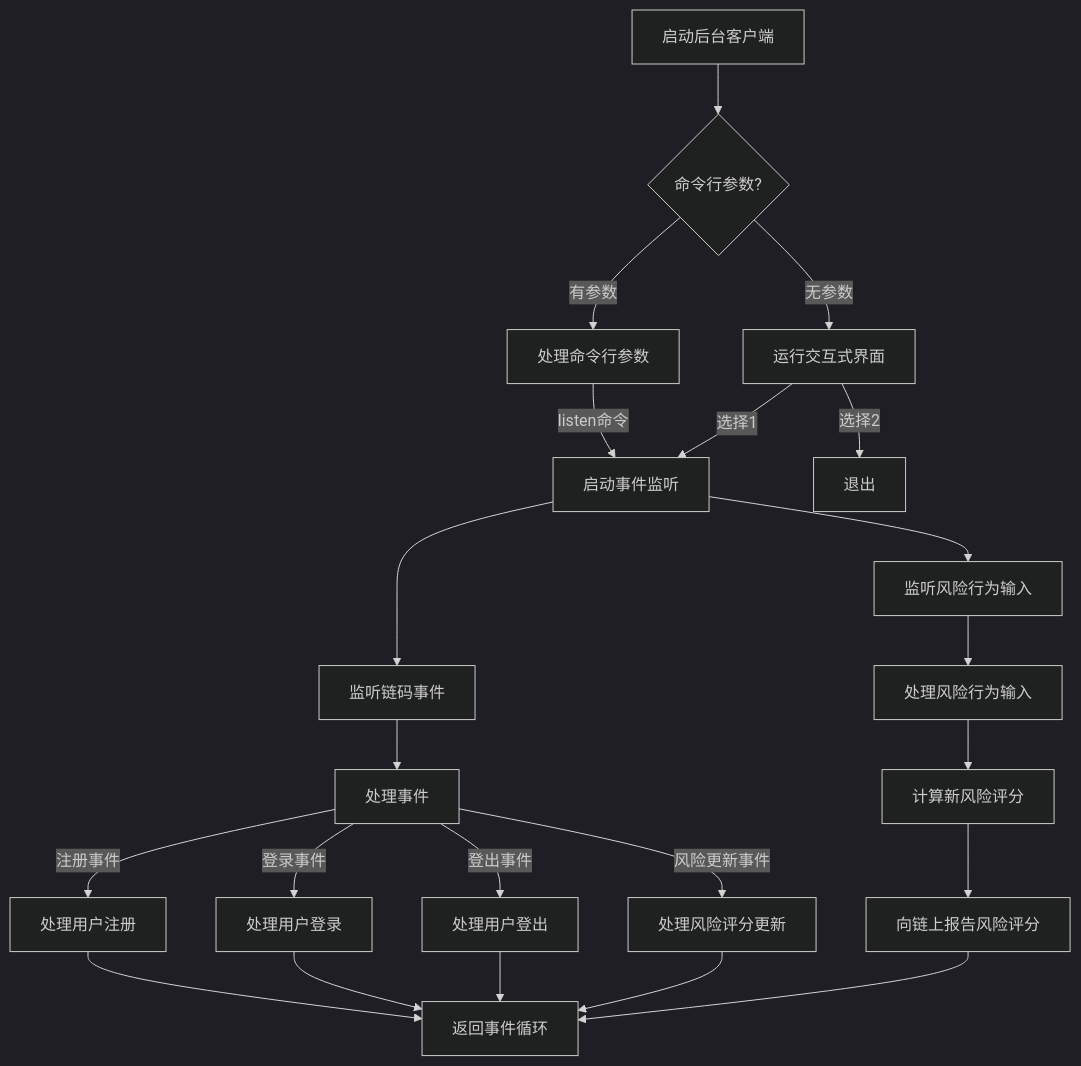
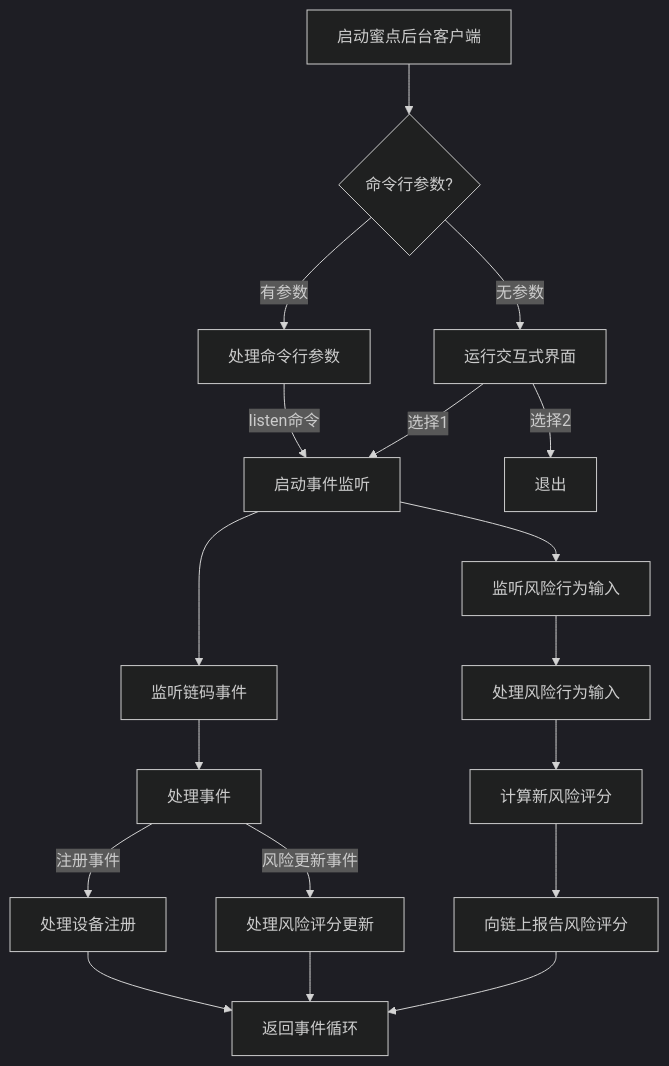
The first of 3 diagrams in README.md (Tittifer/IEEE), drawn with Mermaid (dark theme) before and after one commit. The commit also changed other lines of this file and 98 other files, not shown here.

````diff
--- a/README.md
+++ b/README.md
@@ -105,24 +124,20 @@
 ```mermaid
 graph TD
-    A[启动后台客户端] --> B{命令行参数?}
+    A[启动蜜点后台客户端] --> B{命令行参数?}
     B -->|有参数| C[处理命令行参数]
     B -->|无参数| D[运行交互式界面]
     C -->|listen命令| E[启动事件监听]
     D -->|选择1| E
     D -->|选择2| Z[退出]
     E --> F[监听链码事件]
     E --> G[监听风险行为输入]
     F --> H[处理事件]
-    H -->|注册事件| I[处理用户注册]
-    H -->|登录事件| J[处理用户登录]
-    H -->|登出事件| K[处理用户登出]
+    H -->|注册事件| I[处理设备注册]
     H -->|风险更新事件| L[处理风险评分更新]
     G --> M[处理风险行为输入]
     M --> N[计算新风险评分]
     N --> O[向链上报告风险评分]
     I --> P[返回事件循环]
-    J --> P
-    K --> P
     L --> P
     O --> P
 ```
````
